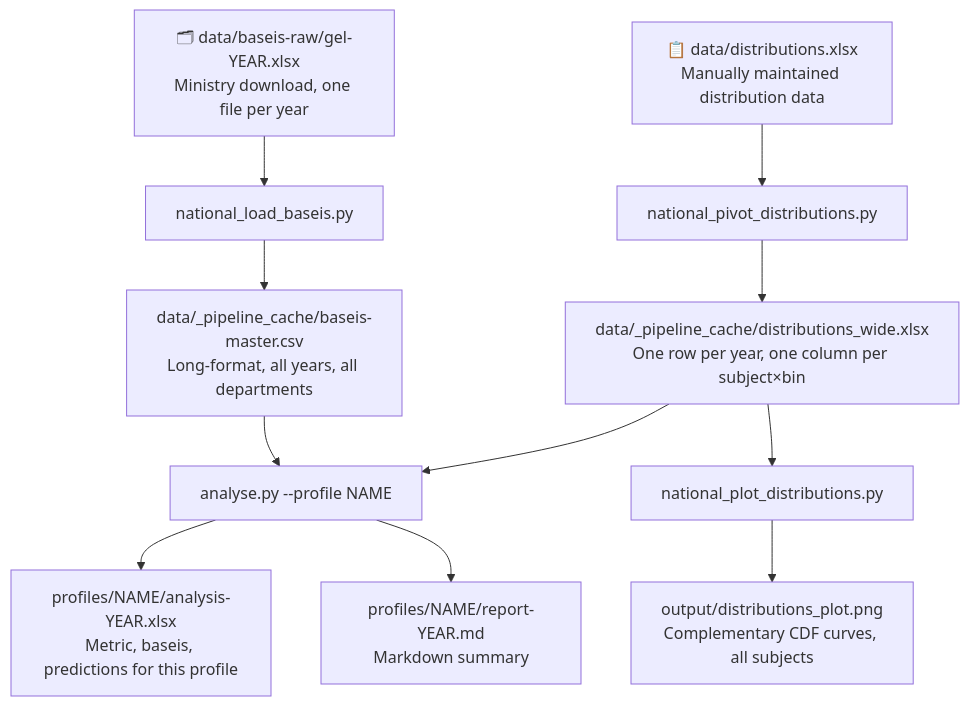
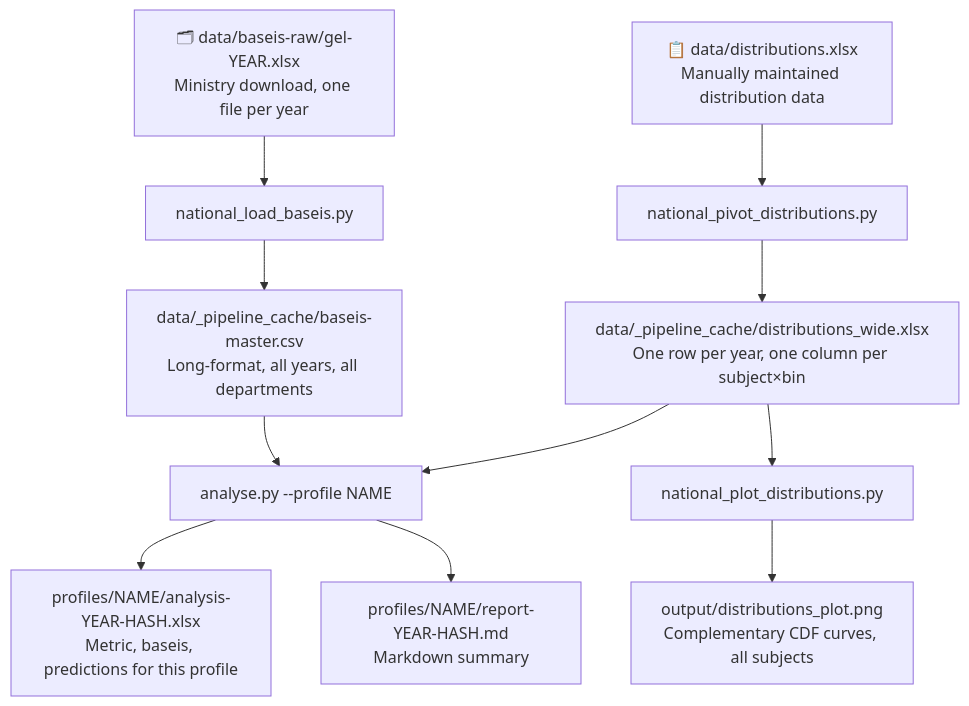
Before and after one commit to npapnet/dear_niece: the diagram in docs/source/pipeline.md, drawn with Mermaid. The commit also changed other lines of this file and 17 other files, not shown here.

````diff
--- a/docs/source/pipeline.md
+++ b/docs/source/pipeline.md
@@ -9,19 +9,19 @@
 ```{mermaid}
 flowchart TD
     A["🗂 data/baseis-raw/gel-YEAR.xlsx\nMinistry download, one file per year"]
     C["📋 data/distributions.xlsx\nManually maintained distribution data"]
 
     A --> B["national_load_baseis.py"]
     C --> D["national_pivot_distributions.py"]
 
     B --> E["data/_pipeline_cache/baseis-master.csv\nLong-format, all years, all departments"]
     D --> F["data/_pipeline_cache/distributions_wide.xlsx\nOne row per year, one column per subject×bin"]
 
     E --> G["analyse.py --profile NAME"]
     F --> G
     F --> H["national_plot_distributions.py"]
 
-    G --> I["profiles/NAME/analysis-YEAR.xlsx\nMetric, baseis, predictions for this profile"]
-    G --> R["profiles/NAME/report-YEAR.md\nMarkdown summary"]
+    G --> I["profiles/NAME/analysis-YEAR-HASH.xlsx\nMetric, baseis, predictions for this profile"]
+    G --> R["profiles/NAME/report-YEAR-HASH.md\nMarkdown summary"]
     H --> J["output/distributions_plot.png\nComplementary CDF curves, all subjects"]
 ```
````
